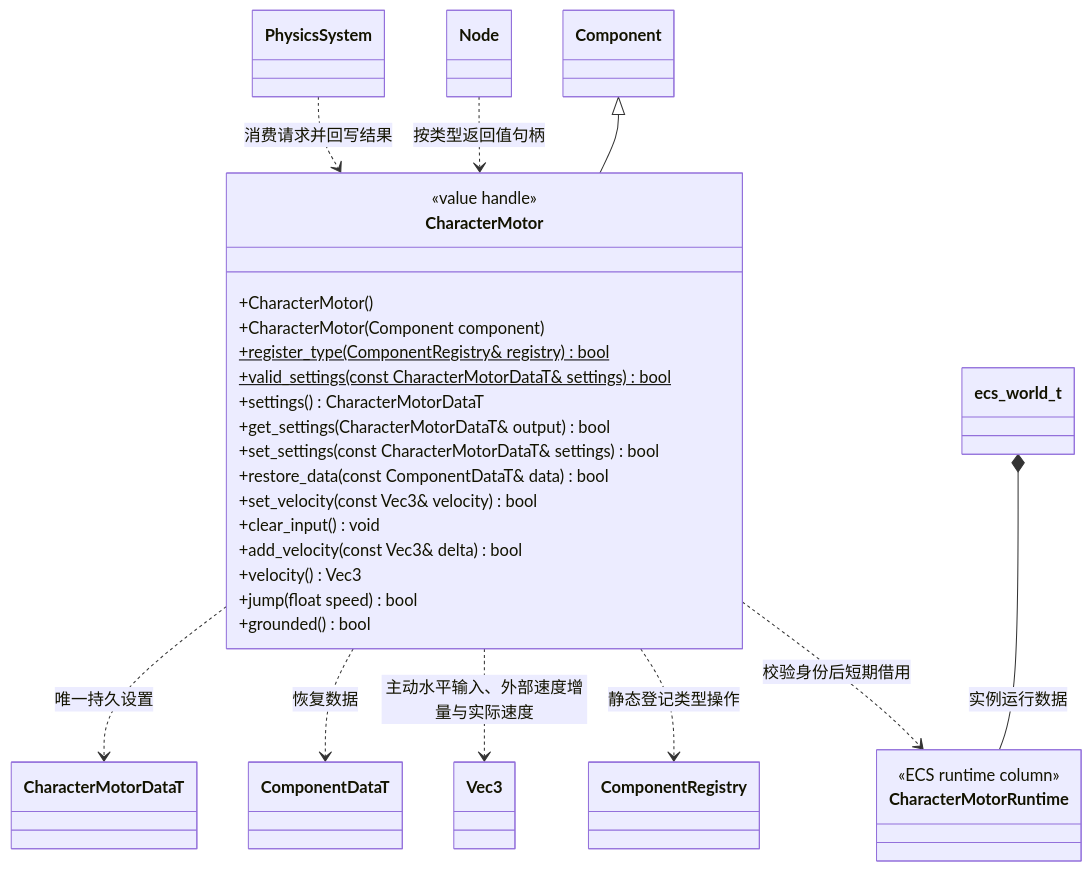
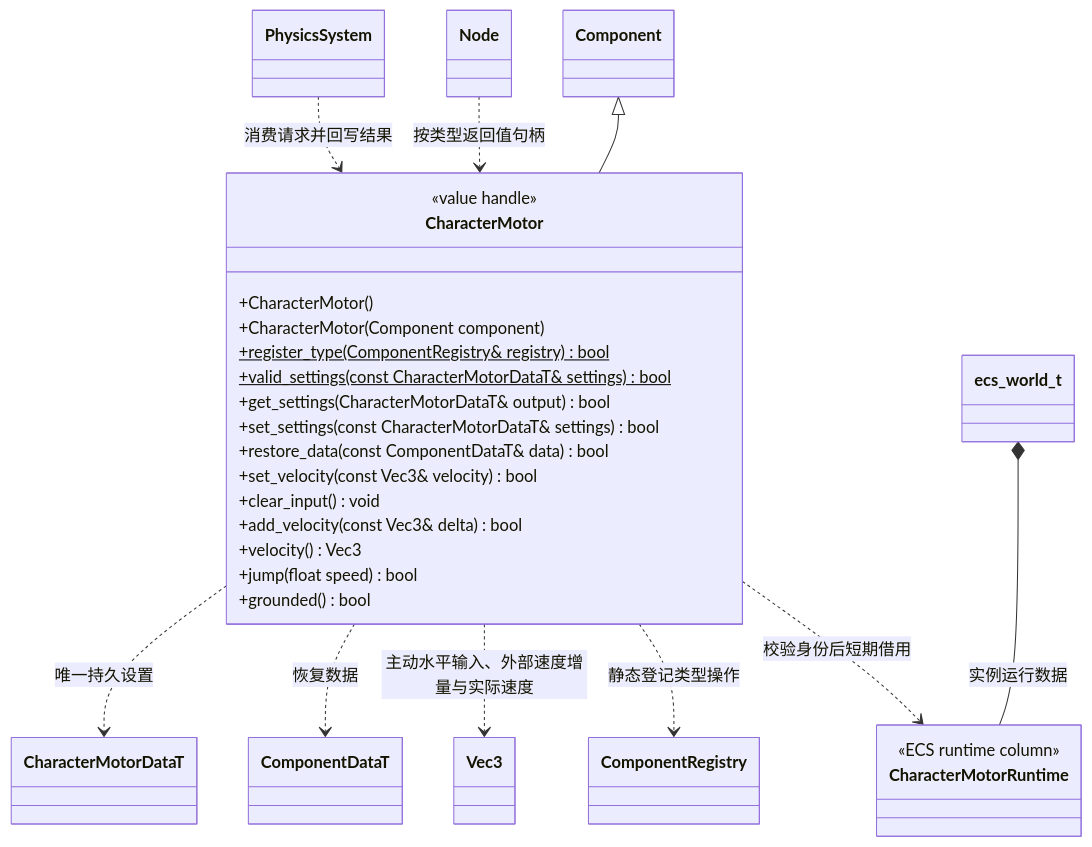
One commit to lcals/Engine changed the diagram in docs/runtime/class-diagrams/character-motor.md. Above: the diagram before and after it, drawn with Mermaid. The commit also changed other lines of this file and 244 other files, not shown here.

````diff
--- a/docs/runtime/class-diagrams/character-motor.md
+++ b/docs/runtime/class-diagrams/character-motor.md
@@ -5,42 +5,42 @@
 ```mermaid
 classDiagram
     class CharacterMotor {
         <<value handle>>
         +CharacterMotor()
         +CharacterMotor(Component component)
         +register_type(ComponentRegistry& registry) bool$
         <<final>>
         +valid_settings(const CharacterMotorDataT& settings) bool$
-        +settings() CharacterMotorDataT
+
         +get_settings(CharacterMotorDataT& output) bool
         +set_settings(const CharacterMotorDataT& settings) bool
         +restore_data(const ComponentDataT& data) bool
         +set_velocity(const Vec3& velocity) bool
         +clear_input() void
         +add_velocity(const Vec3& delta) bool
         +velocity() Vec3
         +jump(float speed) bool
         +grounded() bool
     }
     class Component
     class Node
     class CharacterMotorDataT
     class ComponentDataT
     class Vec3
     class PhysicsSystem
     Component <|-- CharacterMotor
     Node ..> CharacterMotor : 按类型返回值句柄
     CharacterMotor ..> CharacterMotorDataT : 唯一持久设置
     CharacterMotor ..> ComponentDataT : 恢复数据
     CharacterMotor ..> Vec3 : 主动水平输入、外部速度增量与实际速度
     PhysicsSystem ..> CharacterMotor : 消费请求并回写结果
     class ComponentRegistry
     class ecs_world_t
     class CharacterMotorRuntime {
         <<ECS runtime column>>
     }
     ecs_world_t *-- CharacterMotorRuntime : 实例运行数据
     CharacterMotor ..> CharacterMotorRuntime : 校验身份后短期借用
     CharacterMotor ..> ComponentRegistry : 静态登记类型操作
 
 ```
````
